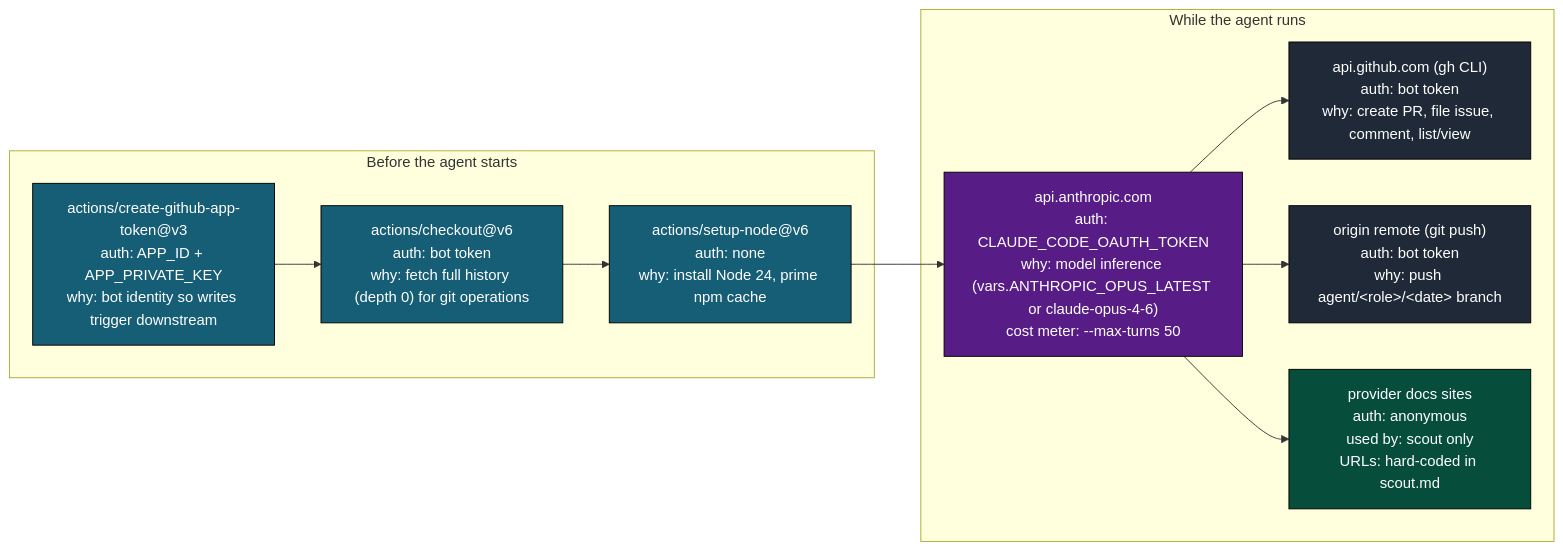
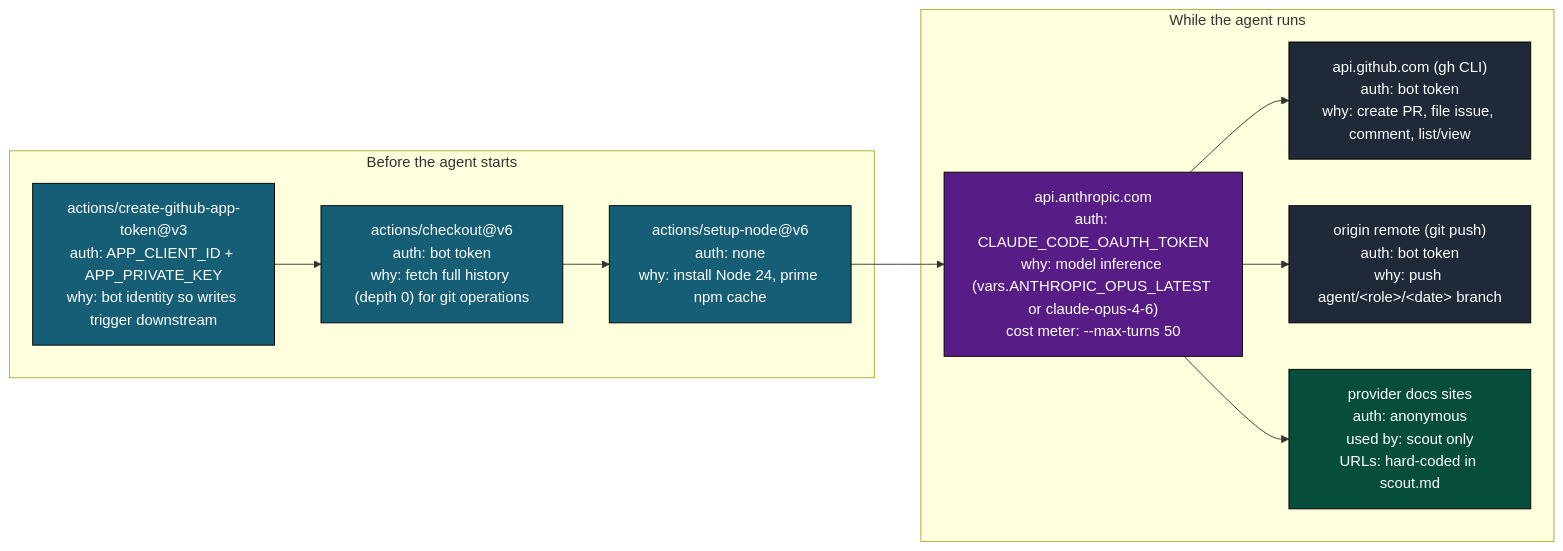
One commit to llm-exe/llm-exe changed the eighth of 13 diagrams in .github/docs/AGENT_RUN_DEEP_DIVE.md. Above: the diagram before and after it, drawn with Mermaid. The commit also changed other lines of this file and 13 other files, not shown here.

Commit message:
fix: update references from APP_ID to APP_CLIENT_ID in documentation

````diff
--- a/.github/docs/AGENT_RUN_DEEP_DIVE.md
+++ b/.github/docs/AGENT_RUN_DEEP_DIVE.md
@@ -383,27 +383,27 @@
 ```mermaid
 flowchart LR
     classDef pre fill:#155e75,color:#fff,stroke:#000
     classDef llm fill:#581c87,color:#fff,stroke:#000
     classDef gh fill:#1f2937,color:#fff,stroke:#000
     classDef web fill:#064e3b,color:#fff,stroke:#000
 
     subgraph Pre["Before the agent starts"]
-        c1["actions/create-github-app-token@v3\nauth: APP_ID + APP_PRIVATE_KEY\nwhy: bot identity so writes trigger downstream"]:::pre
+        c1["actions/create-github-app-token@v3\nauth: APP_CLIENT_ID + APP_PRIVATE_KEY\nwhy: bot identity so writes trigger downstream"]:::pre
         c2["actions/checkout@v6\nauth: bot token\nwhy: fetch full history (depth 0) for git operations"]:::pre
         c3["actions/setup-node@v6\nauth: none\nwhy: install Node 24, prime npm cache"]:::pre
     end
 
     subgraph During["While the agent runs"]
         d1["api.anthropic.com\nauth: CLAUDE_CODE_OAUTH_TOKEN\nwhy: model inference (vars.ANTHROPIC_OPUS_LATEST or claude-opus-4-6)\ncost meter: --max-turns 50"]:::llm
         d2["api.github.com (gh CLI)\nauth: bot token\nwhy: create PR, file issue, comment, list/view"]:::gh
         d3["origin remote (git push)\nauth: bot token\nwhy: push agent/&lt;role&gt;/&lt;date&gt; branch"]:::gh
         d4["provider docs sites\nauth: anonymous\nused by: scout only\nURLs: hard-coded in scout.md"]:::web
     end
 
     c1 --> c2
     c2 --> c3
     c3 --> d1
     d1 --> d2
     d1 --> d3
     d1 --> d4
 ```
````
